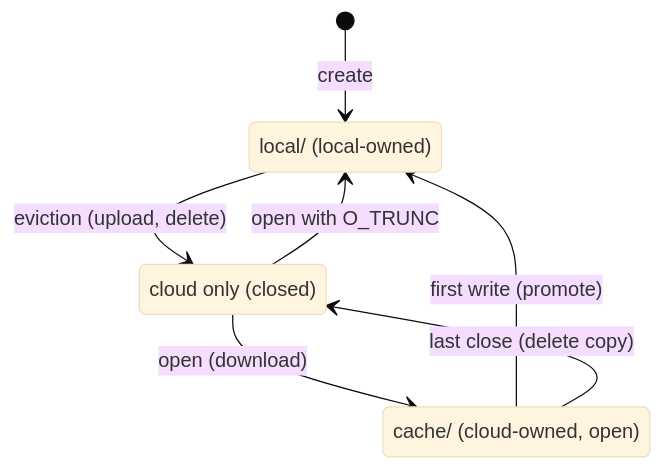
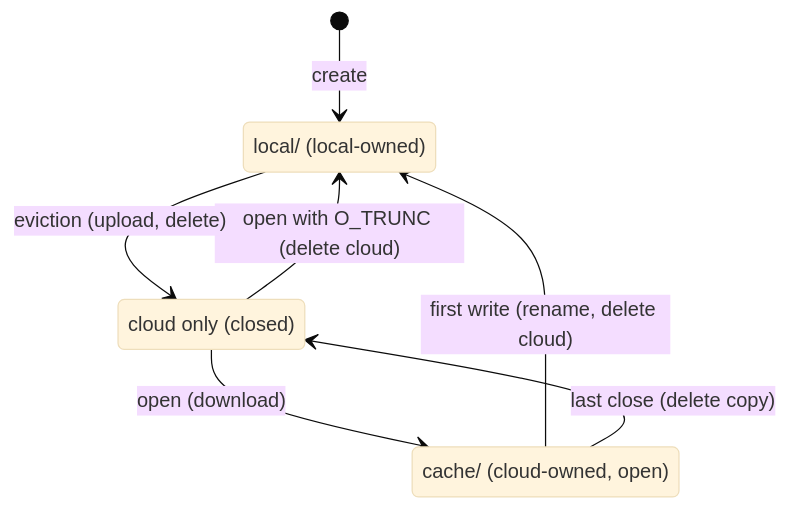
One commit to Seagate/cloudfuse changed the diagram in component/tiered_storage/DESIGN_SUMMARY.md. Above: the diagram before and after it, drawn with Mermaid (base theme). The commit also changed other lines of this file and 1 other file, not shown here.

````diff
--- a/component/tiered_storage/DESIGN_SUMMARY.md
+++ b/component/tiered_storage/DESIGN_SUMMARY.md
@@ -24,12 +24,12 @@
 ```mermaid
 stateDiagram-v2
     state "local/ (local-owned)" as Local
     state "cache/ (cloud-owned, open)" as Cache
     state "cloud only (closed)" as Cloud
     [*] --> Local: create
     Cloud --> Cache: open (download)
-    Cloud --> Local: open with O_TRUNC
-    Cache --> Local: first write (promote)
+    Cloud --> Local: open with O_TRUNC (delete cloud)
+    Cache --> Local: first write (rename, delete cloud)
     Cache --> Cloud: last close (delete copy)
     Local --> Cloud: eviction (upload, delete)
 ```
````
